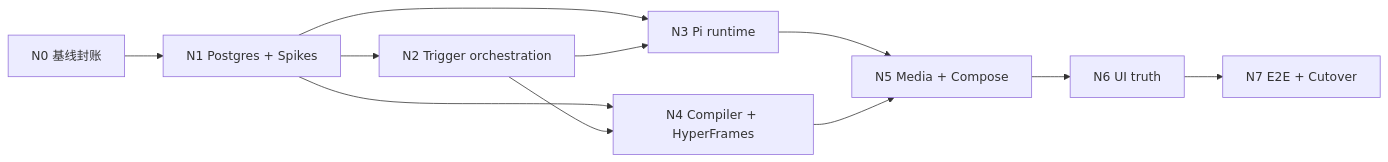
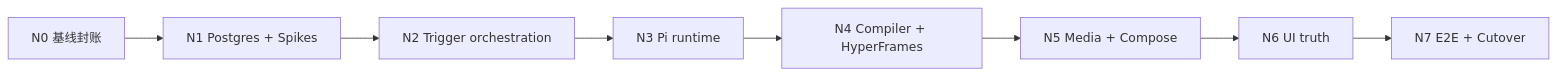
The diagram in docs/specs/2026-07-24-refactor-v3-task-breakdown.md (AIMFllyYS/code-video-canvas), drawn with Mermaid before and after one commit. The commit also changed other lines of this file and 10 other files, not shown here.

````diff
--- a/docs/specs/2026-07-24-refactor-v3-task-breakdown.md
+++ b/docs/specs/2026-07-24-refactor-v3-task-breakdown.md
@@ -107,13 +108,10 @@
 ```mermaid
 flowchart LR
   N0["N0 基线封账"] --> N1["N1 Postgres + Spikes"]
   N1 --> N2["N2 Trigger orchestration"]
-  N1 --> N3["N3 Pi runtime"]
-  N1 --> N4["N4 Compiler + HyperFrames"]
   N2 --> N3
-  N2 --> N4
-  N3 --> N5["N5 Media + Compose"]
-  N4 --> N5
+  N3["N3 Pi runtime"] --> N4["N4 Compiler + HyperFrames"]
+  N4 --> N5["N5 Media + Compose"]
   N5 --> N6["N6 UI truth"]
   N6 --> N7["N7 E2E + Cutover"]
 ```
````
